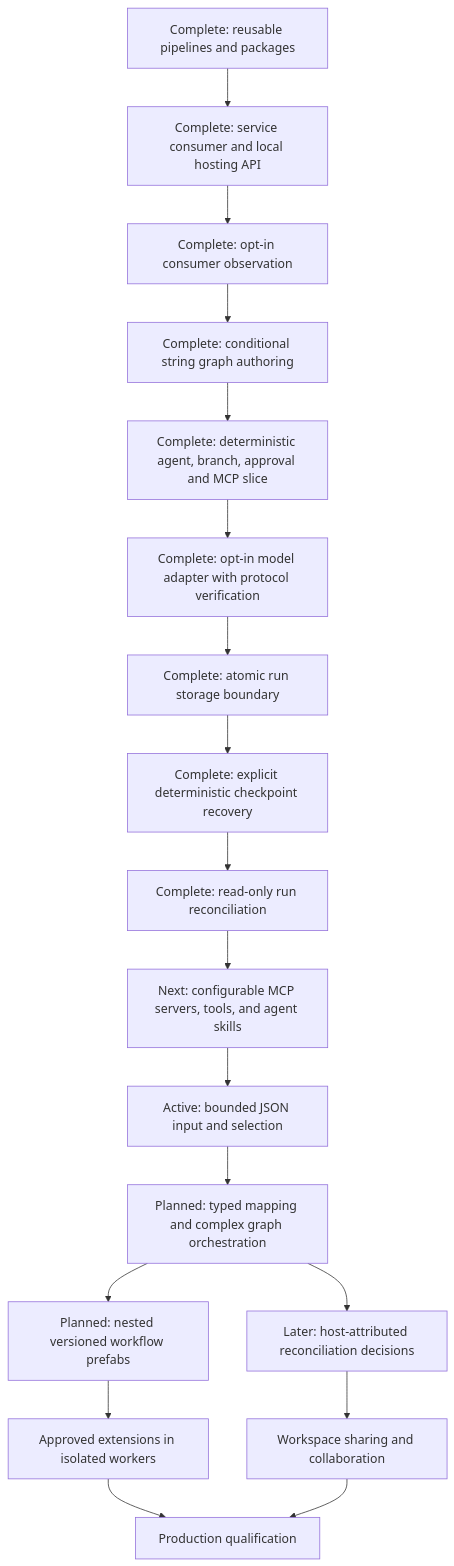
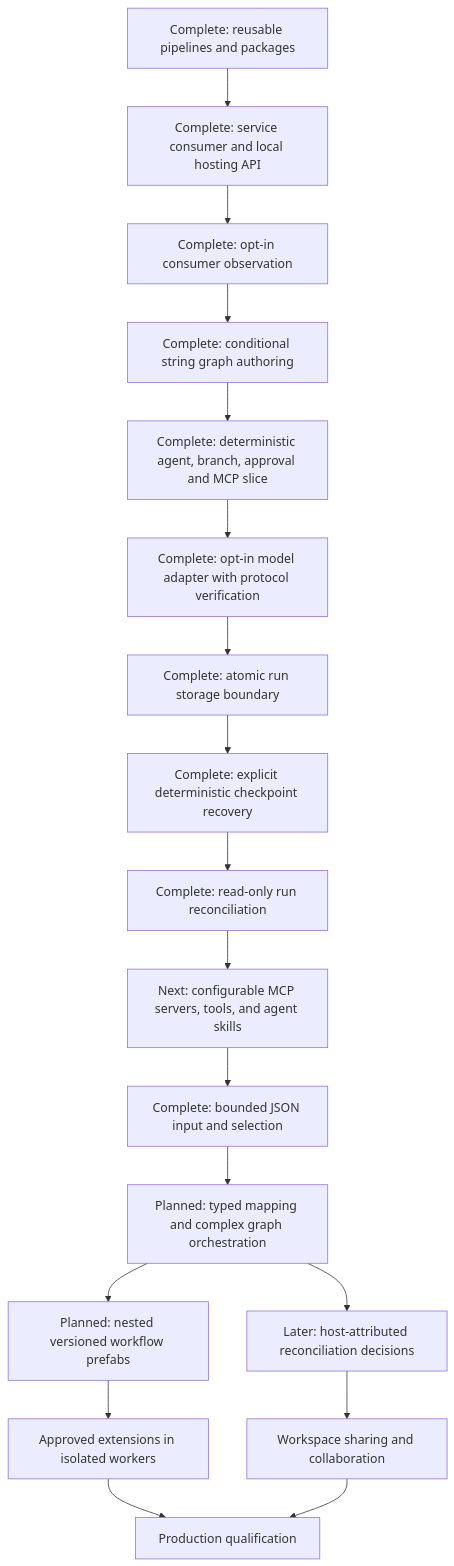
One commit to gnalvesteffer/visual-agent-workflow changed the diagram in docs/roadmap.md. Above: the diagram before and after it, drawn with Mermaid. The commit also changed other lines of this file and 20 other files, not shown here.

````diff
--- a/docs/roadmap.md
+++ b/docs/roadmap.md
@@ -74,20 +74,20 @@
 ```mermaid
 flowchart TD
     Reuse["Complete: reusable pipelines and packages"] --> Hosting["Complete: service consumer and local hosting API"]
     Hosting --> Observe["Complete: opt-in consumer observation"]
     Observe --> Graph["Complete: conditional string graph authoring"]
     Graph --> Vertical["Complete: deterministic agent, branch, approval and MCP slice"]
     Vertical --> Models["Complete: opt-in model adapter with protocol verification"]
     Models --> Store["Complete: atomic run storage boundary"]
     Store --> Recovery["Complete: explicit deterministic checkpoint recovery"]
     Recovery --> Assess["Complete: read-only run reconciliation"]
     Assess --> Agents["Next: configurable MCP servers, tools, and agent skills"]
-    Agents --> JsonData["Active: bounded JSON input and selection"]
+    Agents --> JsonData["Complete: bounded JSON input and selection"]
     JsonData --> Orchestration["Planned: typed mapping and complex graph orchestration"]
     Orchestration --> Assets["Planned: nested versioned workflow prefabs"]
     Orchestration --> Durable["Later: host-attributed reconciliation decisions"]
     Assets --> Extensions["Approved extensions in isolated workers"]
     Durable --> Collaboration["Workspace sharing and collaboration"]
     Extensions --> Production["Production qualification"]
     Collaboration --> Production
 ```
````
